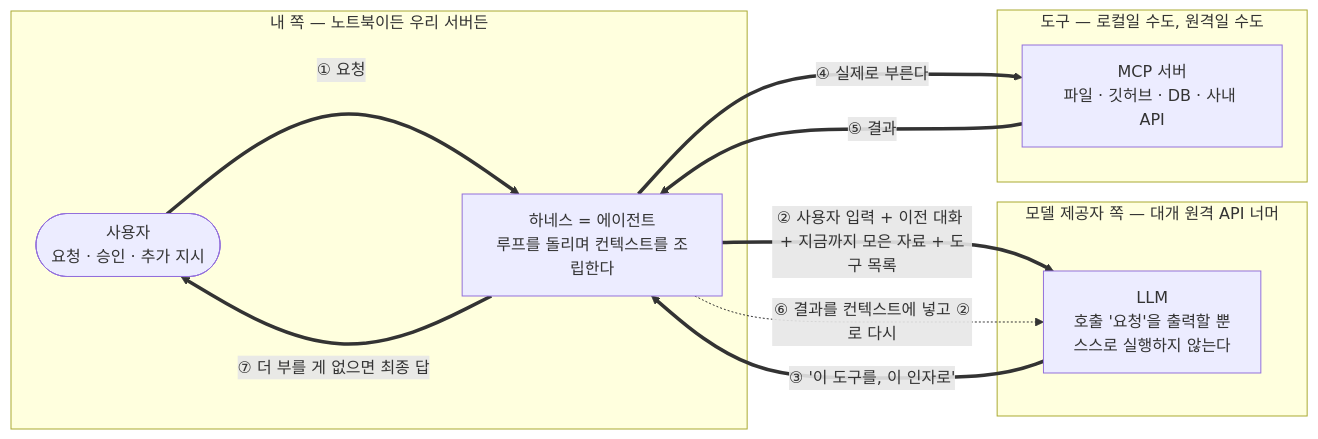
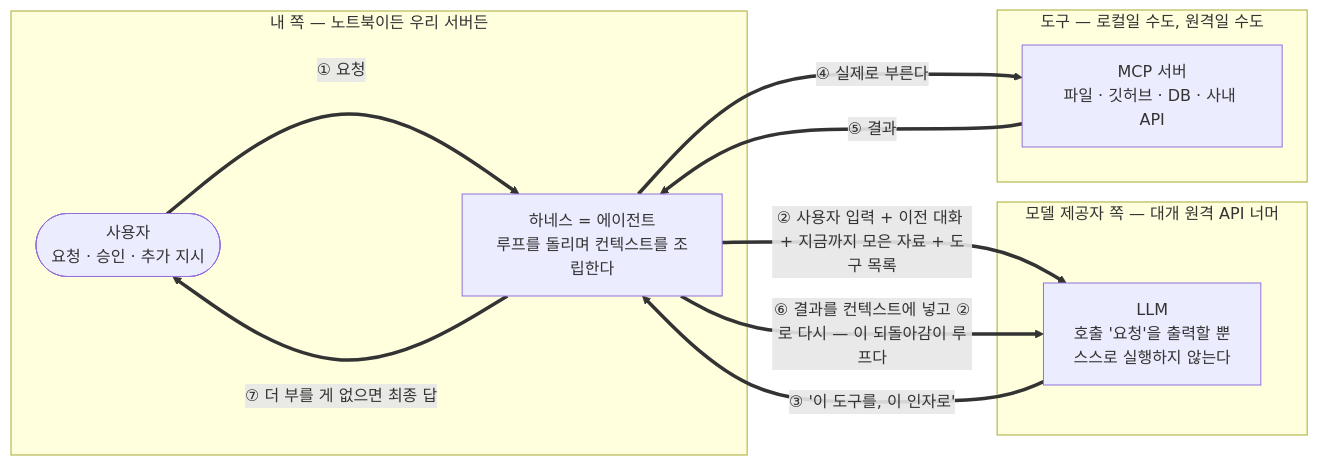
Before and after one commit to daehyoung/blog: the second of 5 diagrams in content/posts/2026-06-28-llm-agents.md, drawn with Mermaid. The commit also changed other lines of this file, not shown here.

````diff
--- a/content/posts/2026-06-28-llm-agents.md
+++ b/content/posts/2026-06-28-llm-agents.md
@@ -410,20 +410,20 @@
 ```mermaid
 flowchart LR
     subgraph MINE ["내 쪽 — 노트북이든 우리 서버든"]
         U(["사용자<br/>요청 · 승인 · 추가 지시"])
         H["하네스 = 에이전트<br/>루프를 돌리며 컨텍스트를 조립한다"]
     end
     subgraph REMOTE ["모델 제공자 쪽 — 대개 원격 API 너머"]
         L["LLM<br/>호출 '요청'을 출력할 뿐<br/>스스로 실행하지 않는다"]
     end
     subgraph TOOLS ["도구 — 로컬일 수도, 원격일 수도"]
         S["MCP 서버<br/>파일 · 깃허브 · DB · 사내 API"]
     end
     U == "① 요청" ==> H
     H == "② 사용자 입력 + 이전 대화 + 지금까지 모은 자료 + 도구 목록" ==> L
     L == "③ '이 도구를, 이 인자로'" ==> H
     H == "④ 실제로 부른다" ==> S
     S == "⑤ 결과" ==> H
-    H -. "⑥ 결과를 컨텍스트에 넣고 ②로 다시" .-> L
+    H == "⑥ 결과를 컨텍스트에 넣고 ②로 다시 — 이 되돌아감이 루프다" ==> L
     H == "⑦ 더 부를 게 없으면 최종 답" ==> U
 ```
````
